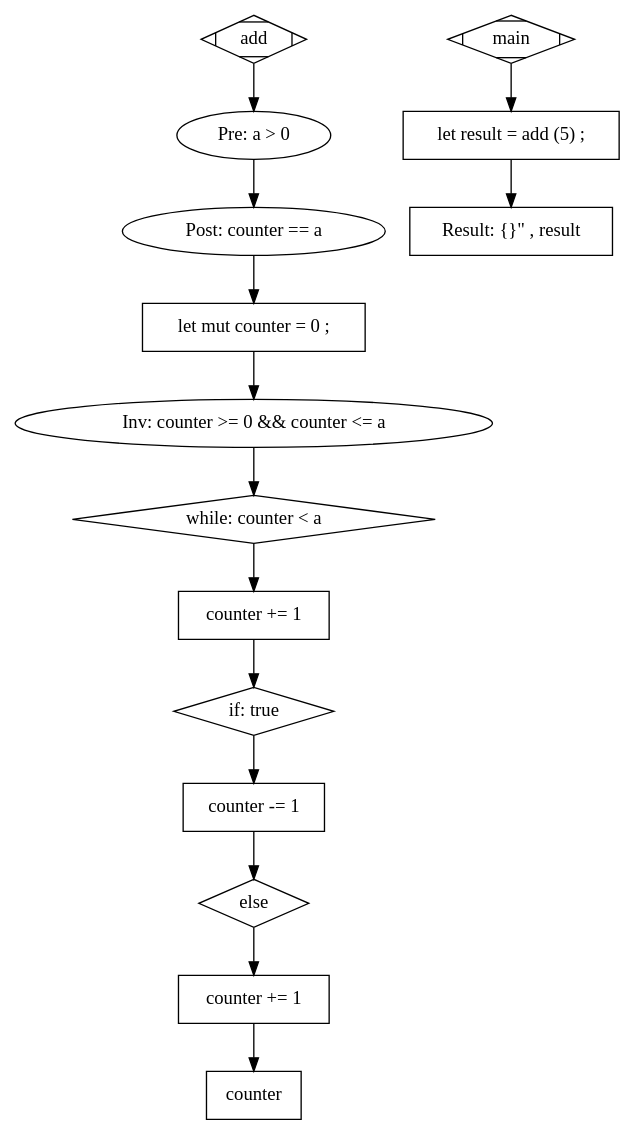
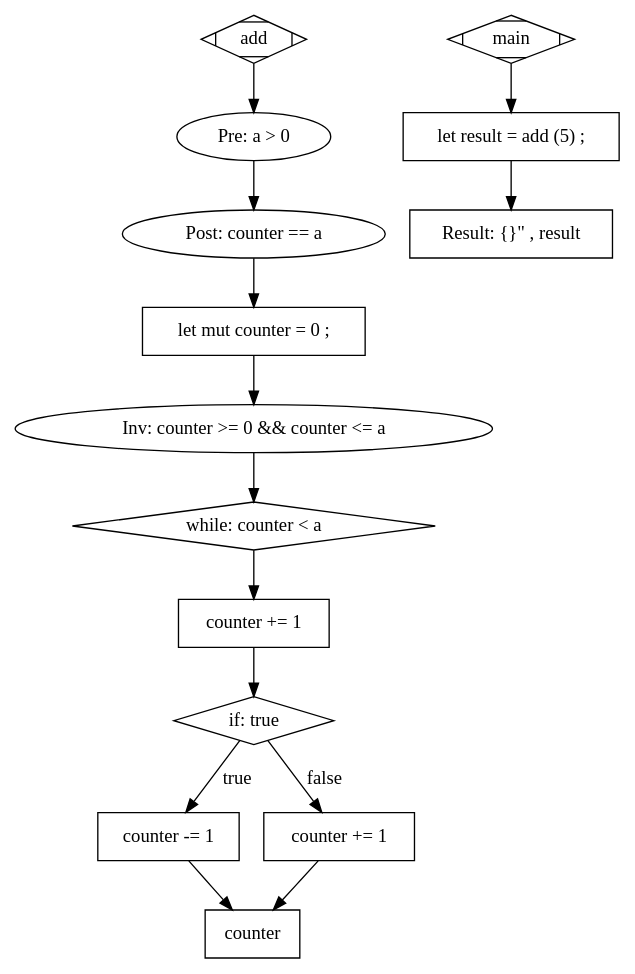
One commit to vasilevlaicu/secured-rust changed the diagram in src/graphs/simple.dot. Above: the diagram before and after it, drawn with Graphviz. The commit also changed 1 other file, not shown here.

```diff
--- a/src/graphs/simple.dot
+++ b/src/graphs/simple.dot
@@ -1,30 +1,29 @@
 digraph G {
 0 [label="add", shape=Mdiamond]
 1 [label="Pre: a > 0", shape=ellipse]
 2 [label="Post: counter == a", shape=ellipse]
 3 [label="let mut counter = 0 ;", shape=box]
 4 [label="Inv: counter >= 0 && counter <= a", shape=ellipse]
 5 [label="while: counter < a", shape=diamond]
 6 [label="counter += 1", shape=box]
 7 [label="if: true", shape=diamond]
 8 [label="counter -= 1", shape=box]
-9 [label="else", shape=diamond]
-10 [label="counter += 1", shape=box]
+9 [label="counter += 1", shape=box]
+10 [label="Result: {}\" , result", shape=box]
 11 [label="counter", shape=box]
 12 [label="main", shape=Mdiamond]
 13 [label="let result = add (5) ;", shape=box]
-14 [label="Result: {}\" , result", shape=box]
-0 -> 1;
-1 -> 2;
-2 -> 3;
-3 -> 4;
-4 -> 5;
-5 -> 6;
-6 -> 7;
-7 -> 8;
-8 -> 9;
-9 -> 10;
-10 -> 11;
-12 -> 13;
-13 -> 14;
+0 -> 1 [label=""];
+1 -> 2 [label=""];
+2 -> 3 [label=""];
+3 -> 4 [label=""];
+4 -> 5 [label=""];
+5 -> 6 [label=""];
+6 -> 7 [label=""];
+7 -> 8 [label="true"];
+7 -> 9 [label="false"];
+13 -> 10 [label=""];
+9 -> 11 [label=""];
+8 -> 11 [label=""];
+12 -> 13 [label=""];
 }
```
